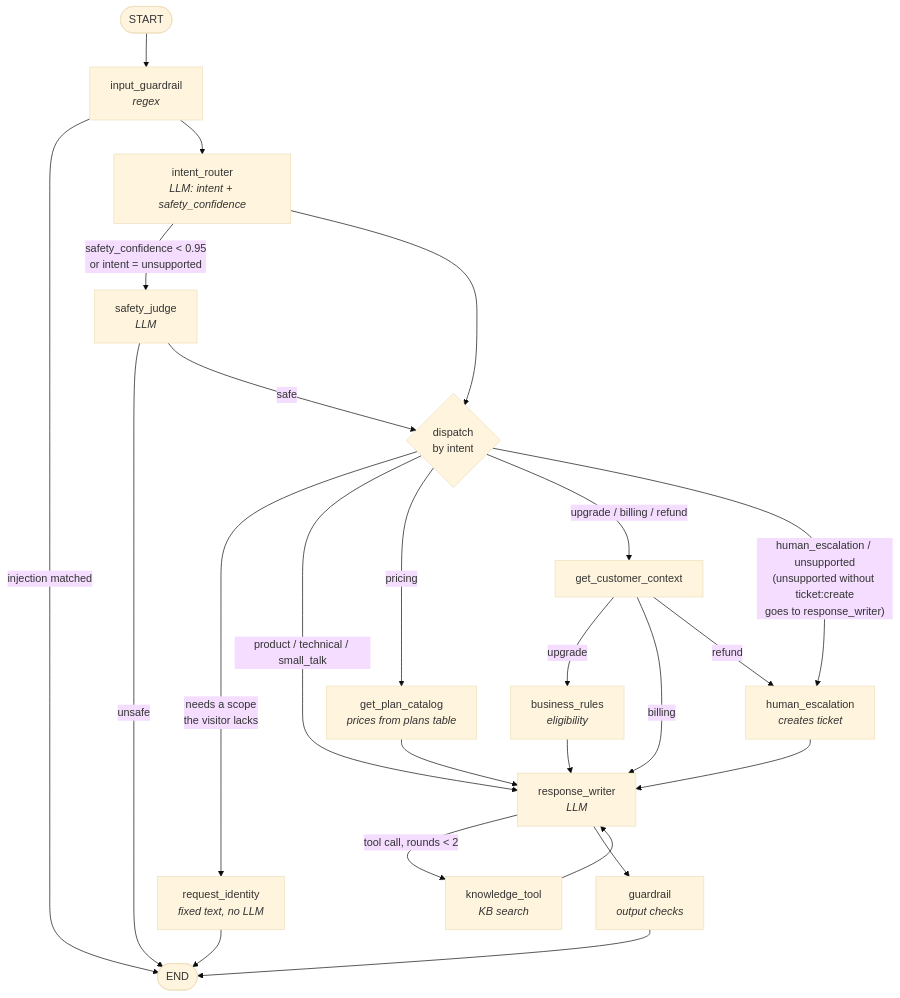
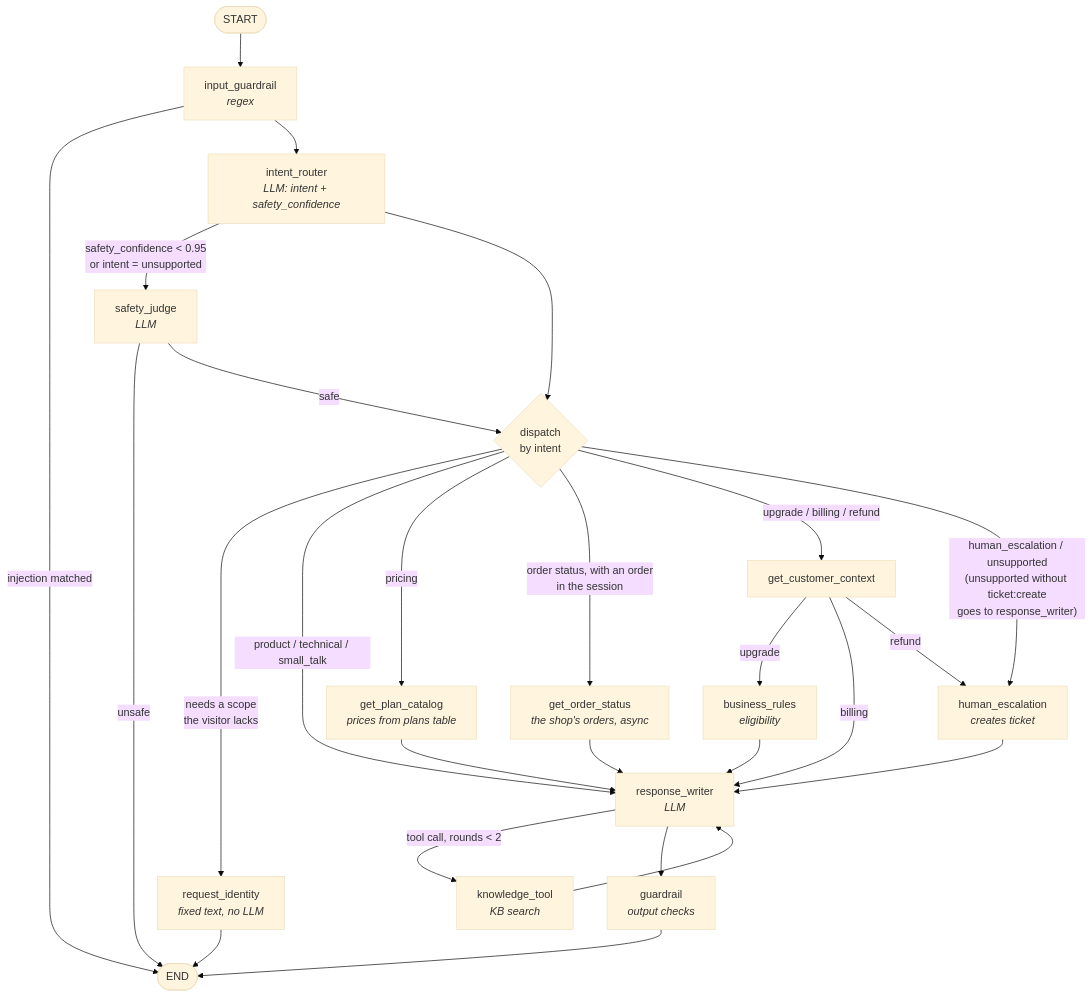
One commit to TheMutsi/ai-sales-support-agent changed the second of 2 diagrams in docs/architecture.md. Above: the diagram before and after it, drawn with Mermaid (base theme). The commit also changed other lines of this file and 18 other files, not shown here.

First line of the commit message:
Add the order_status step: read the one order a session proved (#105)

````diff
--- a/docs/architecture.md
+++ b/docs/architecture.md
@@ -39,26 +39,28 @@
 ```mermaid
 flowchart TD
   start([START]) --> ig[input_guardrail<br/><i>regex</i>]
   ig -- injection matched --> stop([END])
   ig --> ir[intent_router<br/><i>LLM: intent + safety_confidence</i>]
   ir -- "safety_confidence < 0.95<br/>or intent = unsupported" --> sj[safety_judge<br/><i>LLM</i>]
   sj -- unsafe --> stop
   ir --> dispatch{dispatch<br/>by intent}
   sj -- safe --> dispatch
   dispatch -- "needs a scope<br/>the visitor lacks" --> ri[request_identity<br/><i>fixed text, no LLM</i>]
   ri --> stop
   dispatch -- "product / technical / small_talk" --> rw
   dispatch -- pricing --> pc[get_plan_catalog<br/><i>prices from plans table</i>]
+  dispatch -- "order status, with an order<br/>in the session" --> os[get_order_status<br/><i>the shop's orders, async</i>]
   dispatch -- "upgrade / billing / refund" --> cc[get_customer_context]
   dispatch -- "human_escalation / unsupported<br/>(unsupported without ticket:create<br/>goes to response_writer)" --> he
   cc -- upgrade --> br[business_rules<br/><i>eligibility</i>]
   cc -- billing --> rw
   cc -- refund --> he[human_escalation<br/><i>creates ticket</i>]
   br --> rw[response_writer<br/><i>LLM</i>]
   pc --> rw
+  os --> rw
   he --> rw
   rw -- "tool call, rounds < 2" --> kt[knowledge_tool<br/><i>KB search</i>]
   kt --> rw
   rw --> gr[guardrail<br/><i>output checks</i>]
   gr --> stop
 ```
````
